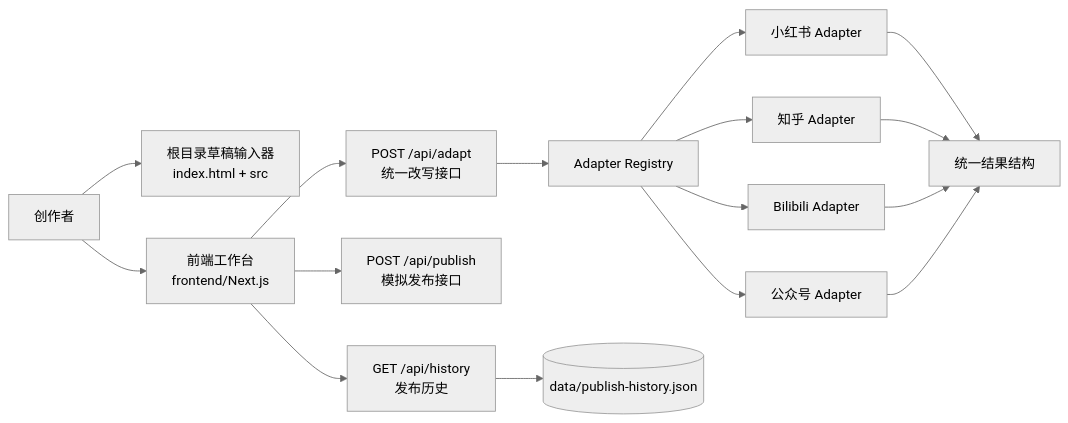
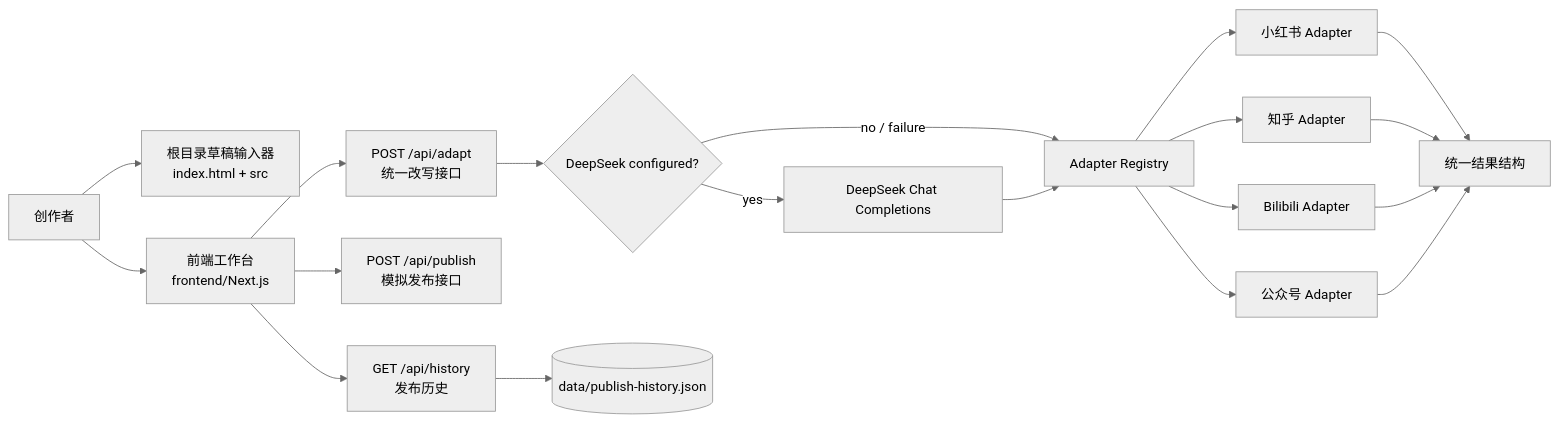
One commit to 1764646958-boop/CreatorSync changed the diagram in README.md. Above: the diagram before and after it, drawn with Mermaid (neutral theme). The commit also changed other lines of this file and 13 other files, not shown here.

````diff
--- a/README.md
+++ b/README.md
@@ -31,18 +32,21 @@
 ```mermaid
 flowchart LR
   Creator[创作者] --> RootDraft[根目录草稿输入器\nindex.html + src]
   Creator --> WebApp[前端工作台\nfrontend/Next.js]
   WebApp --> AdaptAPI[POST /api/adapt\n统一改写接口]
   WebApp --> PublishAPI[POST /api/publish\n模拟发布接口]
   WebApp --> HistoryAPI[GET /api/history\n发布历史]
-  AdaptAPI --> Registry[Adapter Registry]
+  AdaptAPI --> DeepSeek{DeepSeek configured?}
+  DeepSeek -->|yes| LLM[DeepSeek Chat Completions]
+  DeepSeek -->|no / failure| Registry[Adapter Registry]
+  LLM --> Registry
   Registry --> XHS[小红书 Adapter]
   Registry --> Zhihu[知乎 Adapter]
   Registry --> Bilibili[Bilibili Adapter]
   Registry --> WeChat[公众号 Adapter]
   XHS --> UnifiedResult[统一结果结构]
   Zhihu --> UnifiedResult
   Bilibili --> UnifiedResult
   WeChat --> UnifiedResult
   HistoryAPI --> HistoryStore[(data/publish-history.json)]
 ```
````
